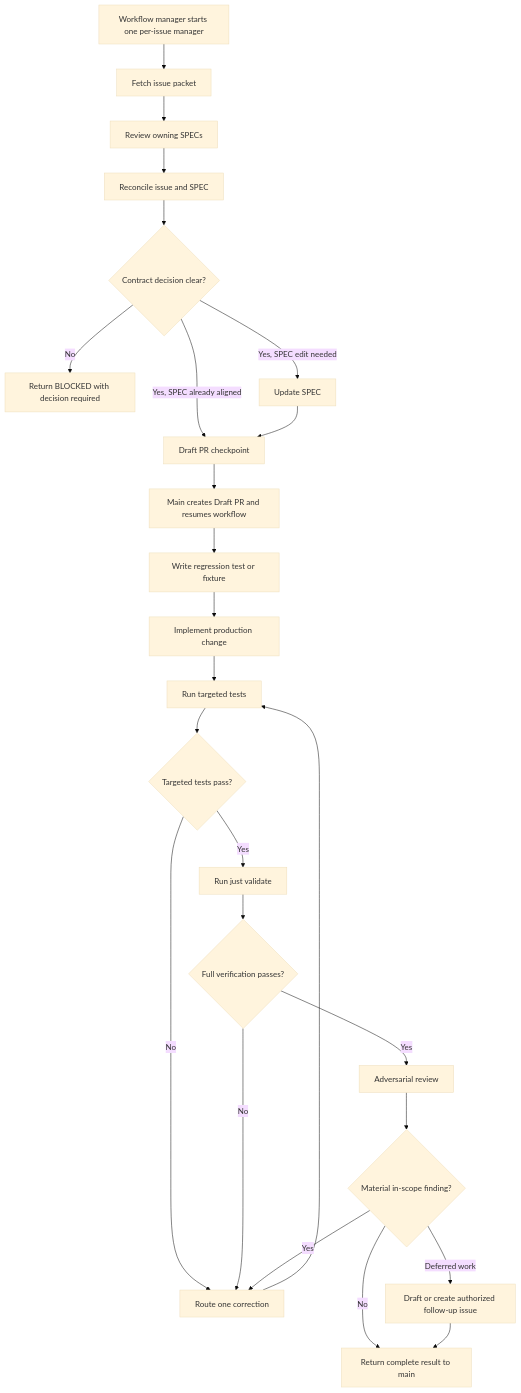
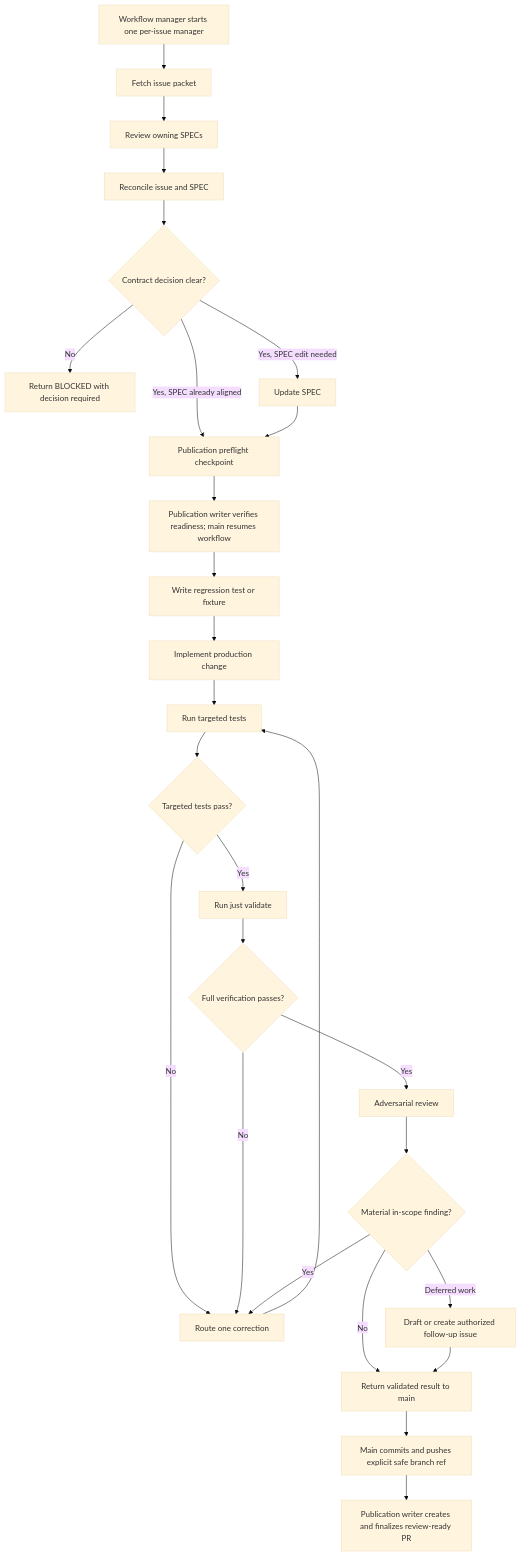
The diagram in .agents/docs/issue-agent-workflow.md (nerdchanii/rpm), drawn with Mermaid (base theme) before and after one commit. The commit also changed other lines of this file and 94 other files, not shown here.

````diff
--- a/.agents/docs/issue-agent-workflow.md
+++ b/.agents/docs/issue-agent-workflow.md
@@ -52,27 +54,29 @@
 ```mermaid
 flowchart TD
     A["Workflow manager starts one per-issue manager"] --> B["Fetch issue packet"]
     B --> C["Review owning SPECs"]
     C --> D["Reconcile issue and SPEC"]
     D --> E{"Contract decision clear?"}
     E -- "No" --> X["Return BLOCKED with decision required"]
     E -- "Yes, SPEC edit needed" --> F["Update SPEC"]
-    E -- "Yes, SPEC already aligned" --> G["Draft PR checkpoint"]
+    E -- "Yes, SPEC already aligned" --> G["Publication preflight checkpoint"]
     F --> G
-    G --> H["Main creates Draft PR and resumes workflow"]
+    G --> H["Publication writer verifies readiness; main resumes workflow"]
     H --> I["Write regression test or fixture"]
     I --> J["Implement production change"]
     J --> K["Run targeted tests"]
     K --> L{"Targeted tests pass?"}
     L -- "No" --> M["Route one correction"]
     M --> K
     L -- "Yes" --> N["Run just validate"]
     N --> O{"Full verification passes?"}
     O -- "No" --> M
     O -- "Yes" --> P["Adversarial review"]
     P --> Q{"Material in-scope finding?"}
     Q -- "Yes" --> M
     Q -- "Deferred work" --> R["Draft or create authorized follow-up issue"]
-    Q -- "No" --> S["Return complete result to main"]
+    Q -- "No" --> S["Return validated result to main"]
     R --> S
+    S --> T["Main commits and pushes explicit safe branch ref"]
+    T --> U["Publication writer creates and finalizes review-ready PR"]
 ```
````
